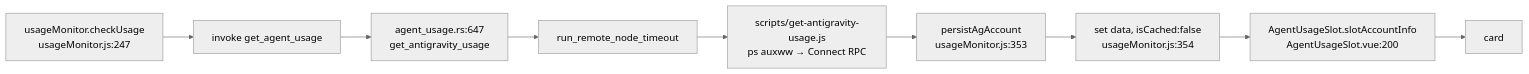
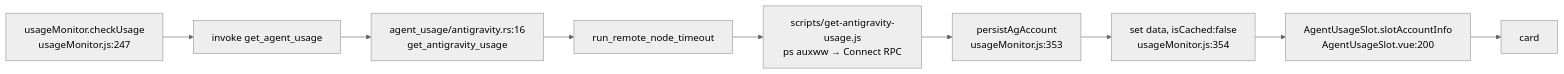
One commit to lacvietanh/aki-dev-sync changed the diagram in docs/plan/done/ag-usage-pin-vs-live.md. Above: the diagram before and after it, drawn with Mermaid (neutral theme). The commit also changed 13 other files, not shown here.

````diff
--- a/docs/plan/done/ag-usage-pin-vs-live.md
+++ b/docs/plan/done/ag-usage-pin-vs-live.md
@@ -23,11 +23,11 @@
 ```mermaid
 graph LR
   A[usageMonitor.checkUsage<br/>usageMonitor.js:247] --> B[invoke get_agent_usage]
-  B --> C[agent_usage.rs:647<br/>get_antigravity_usage]
+  B --> C[agent_usage/antigravity.rs:16<br/>get_antigravity_usage]
   C --> D[run_remote_node_timeout]
   D --> E[scripts/get-antigravity-usage.js<br/>ps auxww → Connect RPC]
   E --> F[persistAgAccount<br/>usageMonitor.js:353]
   F --> G[set data, isCached:false<br/>usageMonitor.js:354]
   G --> H[AgentUsageSlot.slotAccountInfo<br/>AgentUsageSlot.vue:200]
   H --> I[card]
 ```
````
